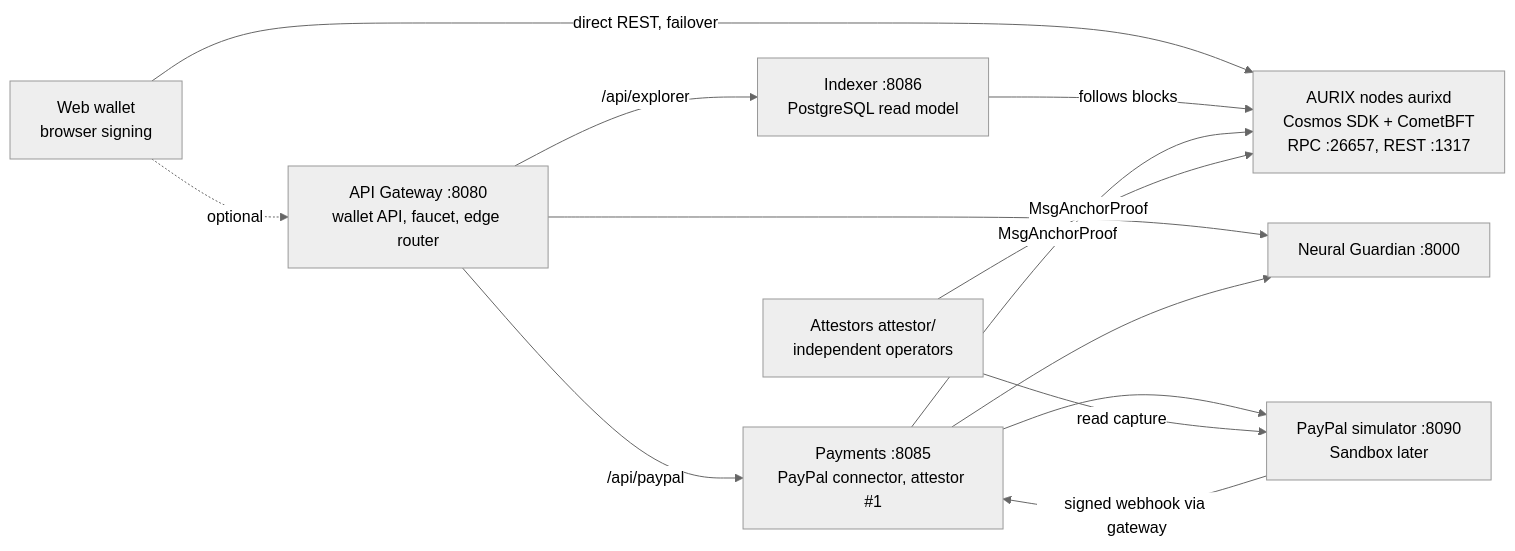
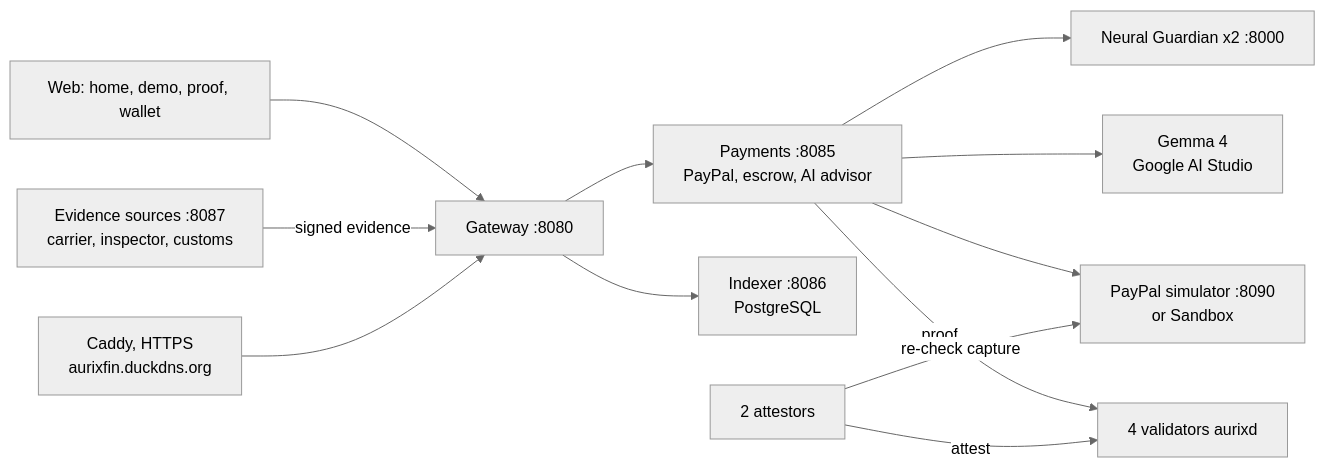
One commit to joeylukoji/Aurix changed the diagram in README.md. Above: the diagram before and after it, drawn with Mermaid (neutral theme). The commit also changed other lines of this file and 2 other files, not shown here.

First line of the commit message:
Add public HTTPS for aurixfin.duckdns.org and refresh the README

````diff
--- a/README.md
+++ b/README.md
@@ -49,15 +47,14 @@
 ```mermaid
 flowchart LR
-    U[Web wallet<br/>browser signing] -- direct REST, failover --> CHAIN[AURIX nodes aurixd<br/>Cosmos SDK + CometBFT<br/>RPC :26657, REST :1317]
-    U -. optional .-> GW[API Gateway :8080<br/>wallet API, faucet, edge router]
-    GW --> AI[Neural Guardian :8000]
-    GW -- /api/explorer --> IDX[Indexer :8086<br/>PostgreSQL read model]
-    GW -- /api/paypal --> PAY[Payments :8085<br/>PayPal connector, attestor #1]
-    IDX -- follows blocks --> CHAIN
-    PAY --> AI
-    PAY --> PP[PayPal simulator :8090<br/>Sandbox later]
-    PP -- signed webhook via gateway --> PAY
-    PAY -- MsgAnchorProof --> CHAIN
-    AT[Attestors attestor/<br/>independent operators] -- read capture --> PP
-    AT -- MsgAnchorProof --> CHAIN
+    U[Web: home, demo, proof, wallet] --> GW[Gateway :8080]
+    GW --> PAY[Payments :8085<br/>PayPal, escrow, AI advisor]
+    GW --> IDX[Indexer :8086<br/>PostgreSQL]
+    PAY --> AI[Neural Guardian x2 :8000]
+    PAY --> LLM[Gemma 4<br/>Google AI Studio]
+    PAY --> PP[PayPal simulator :8090<br/>or Sandbox]
+    SRC[Evidence sources :8087<br/>carrier, inspector, customs] -- signed evidence --> GW
+    PAY -- proof --> CHAIN[4 validators aurixd]
+    AT[2 attestors] -- re-check capture --> PP
+    AT -- attest --> CHAIN
+    HTTPS[Caddy, HTTPS<br/>aurixfin.duckdns.org] --> GW
 ```
````
